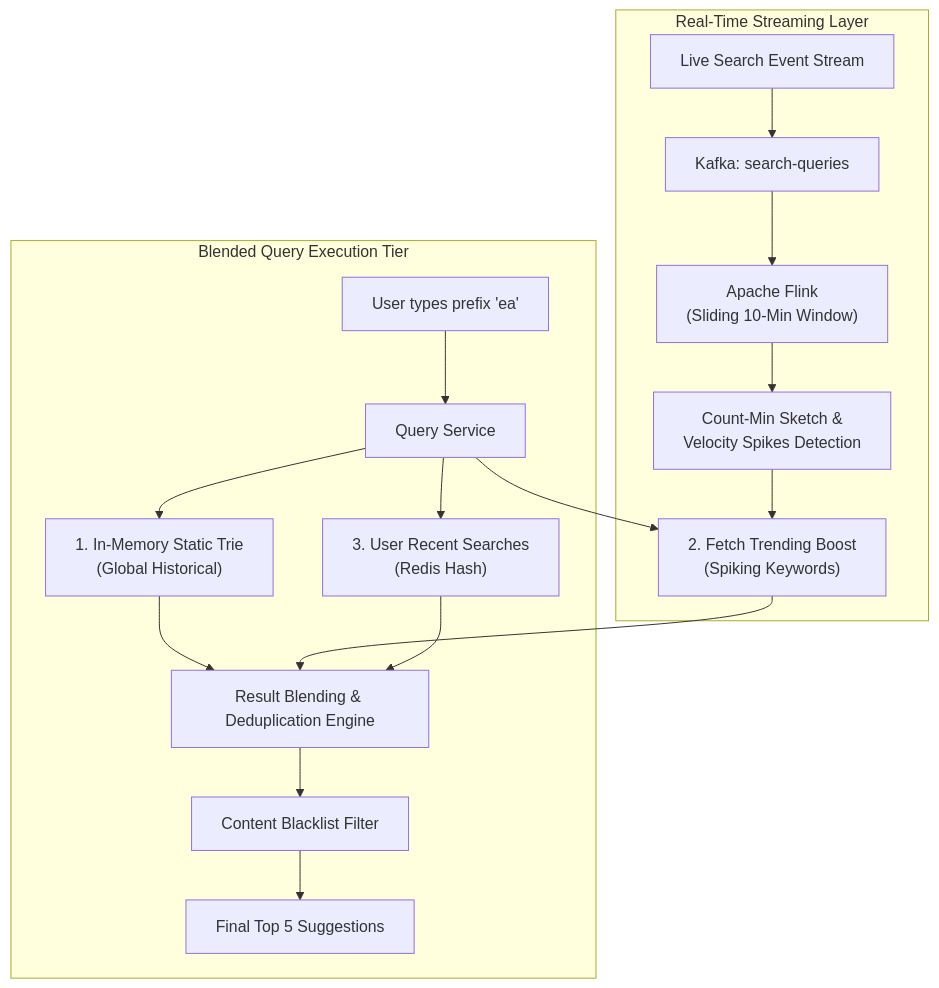
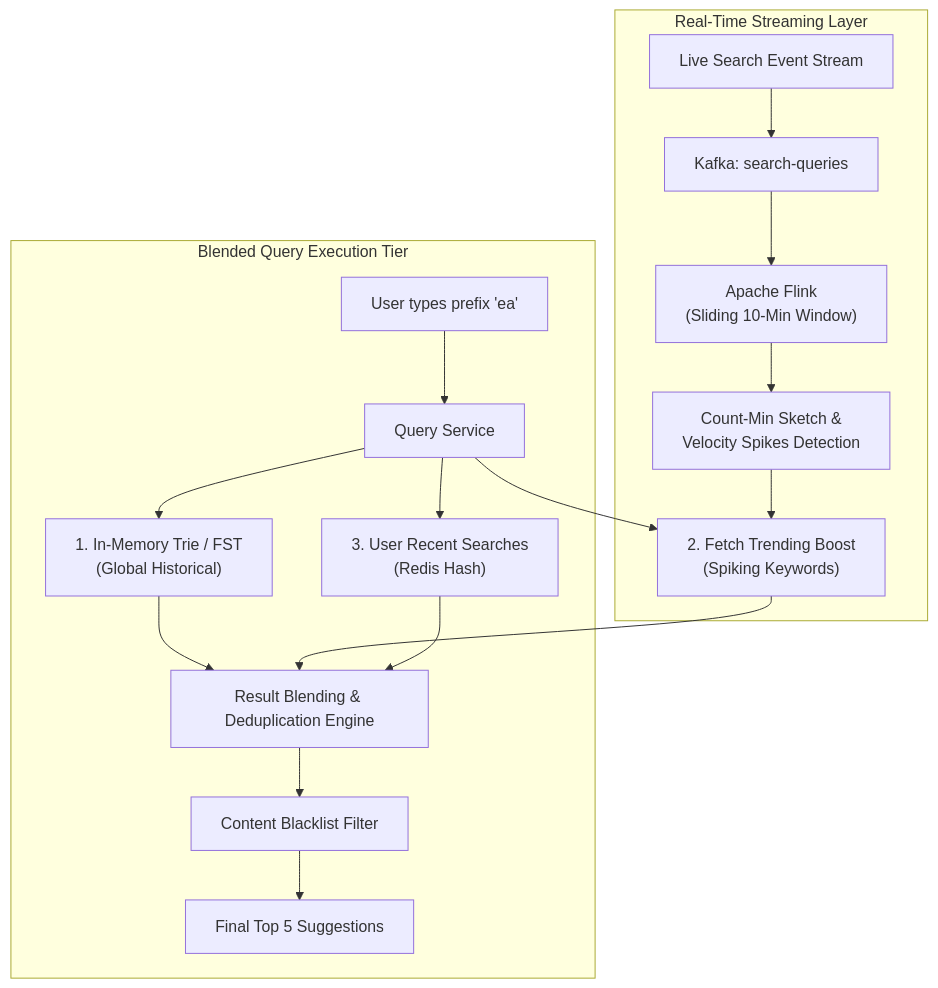
The third of 4 diagrams in 13. Search Autocomplete/Readme.md (abhinnaagrawal/system-design-notes), drawn with Mermaid before and after one commit. The commit also changed other lines of this file and 8 other files, not shown here.

````diff
--- a/13. Search Autocomplete/Readme.md
+++ b/13. Search Autocomplete/Readme.md
@@ -238,23 +250,23 @@
 ```mermaid
 flowchart TD
     subgraph RealTimePipeline["Real-Time Streaming Layer"]
         SearchLog["Live Search Event Stream"] --> Kafka["Kafka: search-queries"]
         Kafka --> Flink["Apache Flink<br/>(Sliding 10-Min Window)"]
         Flink --> CountMin["Count-Min Sketch &<br/>Velocity Spikes Detection"]
         CountMin --> RedisTrending[("Redis Trending ZSET<br/>trending:keywords")]
     end
 
     subgraph QueryExecution["Blended Query Execution Tier"]
         ClientReq["User types prefix 'ea'"] --> QuerySvc["Query Service"]
-        QuerySvc --> StaticTrie["1. In-Memory Static Trie<br/>(Global Historical)"]
+        QuerySvc --> BaseIndex["1. In-Memory Trie / FST<br/>(Global Historical)"]
         QuerySvc --> RedisTrending["2. Fetch Trending Boost<br/>(Spiking Keywords)"]
         QuerySvc --> UserHistory["3. User Recent Searches<br/>(Redis Hash)"]
         
-        StaticTrie --> Blending["Result Blending & Deduplication Engine"]
+        BaseIndex --> Blending["Result Blending & Deduplication Engine"]
         RedisTrending --> Blending
         UserHistory --> Blending
         
         Blending --> Filter["Content Blacklist Filter"]
         Filter --> FinalResp["Final Top 5 Suggestions"]
     end
 ```
````
